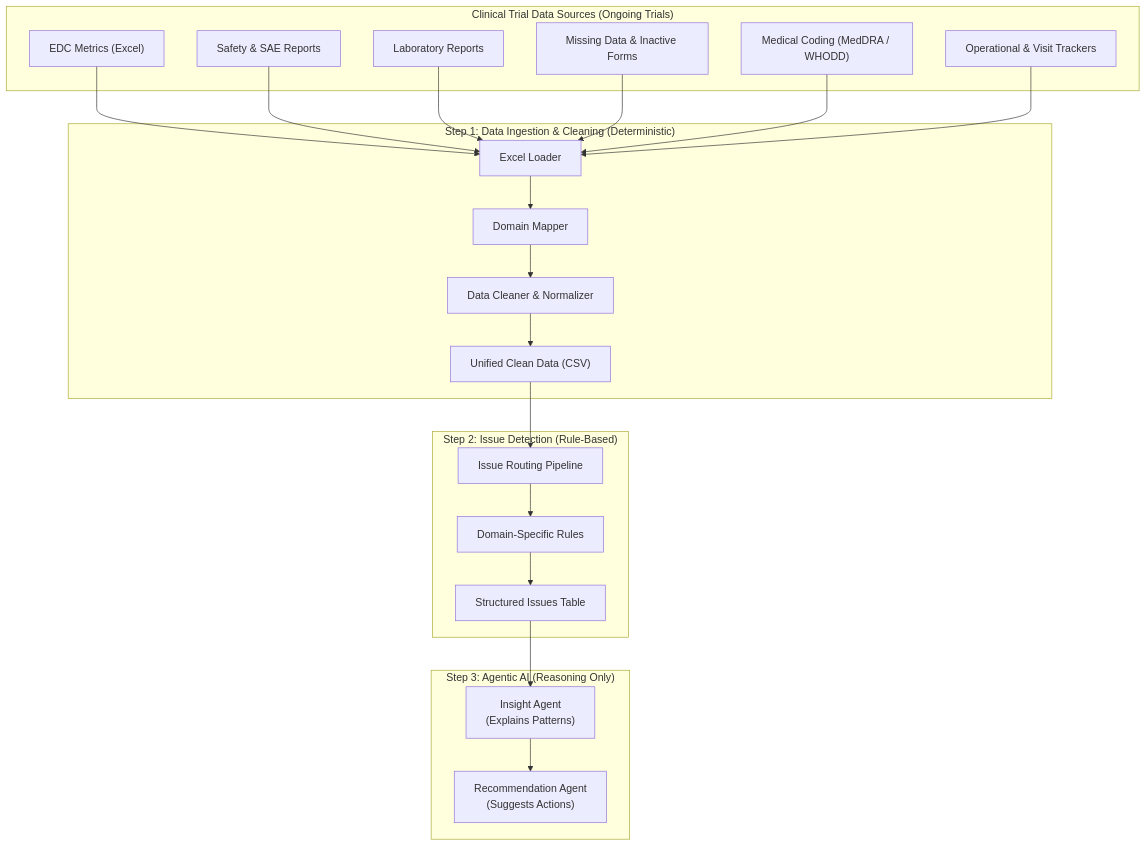
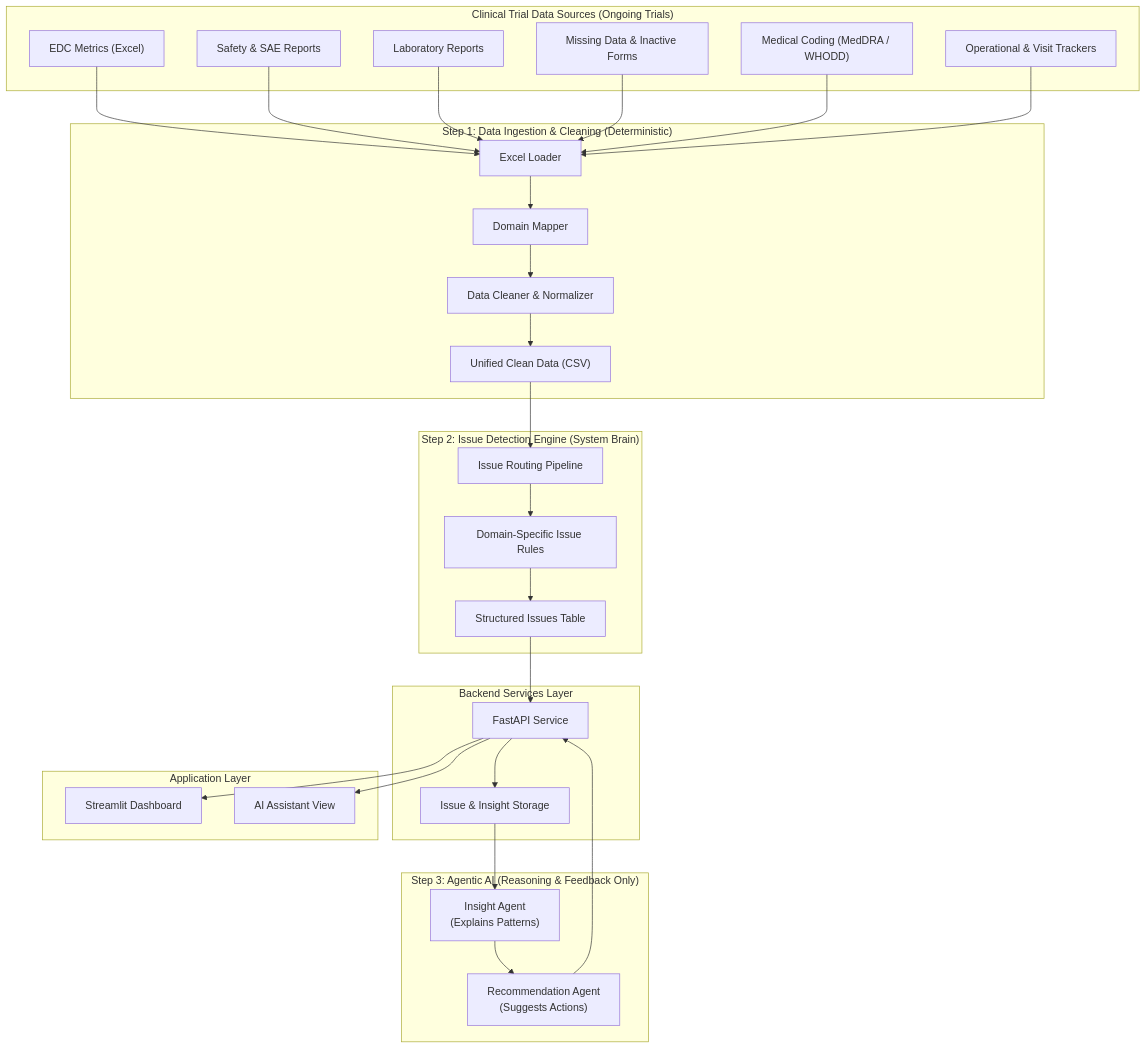
Before and after one commit to priyanshsingh11/TrailFlow: the diagram in README.md, drawn with Mermaid.

````diff
--- a/README.md
+++ b/README.md
@@ -25,20 +25,36 @@
     end
 
     %% =========================
-    %% ISSUE DETECTION
+    %% ISSUE DETECTION (CORE BRAIN)
     %% =========================
-    subgraph ISS["Step 2: Issue Detection (Rule-Based)"]
+    subgraph ISS["Step 2: Issue Detection Engine (System Brain)"]
         ROUTE["Issue Routing Pipeline"]
-        RULES["Domain-Specific Rules"]
+        RULES["Domain-Specific Issue Rules"]
         ISSUES["Structured Issues Table"]
     end
 
     %% =========================
-    %% AGENTIC AI LAYER
+    %% BACKEND SERVICES
     %% =========================
-    subgraph AI["Step 3: Agentic AI (Reasoning Only)"]
+    subgraph API["Backend Services Layer"]
+        FASTAPI["FastAPI Service"]
+        STORE["Issue & Insight Storage"]
+    end
+
+    %% =========================
+    %% AGENTIC AI (FEEDBACK ONLY)
+    %% =========================
+    subgraph AI["Step 3: Agentic AI (Reasoning & Feedback Only)"]
         INSIGHT["Insight Agent\n(Explains Patterns)"]
         RECOMMEND["Recommendation Agent\n(Suggests Actions)"]
+    end
+
+    %% =========================
+    %% APPLICATION LAYER
+    %% =========================
+    subgraph UI["Application Layer"]
+        DASH["Streamlit Dashboard"]
+        CHAT["AI Assistant View"]
     end
 
     %% =========================
@@ -59,7 +75,14 @@
     ROUTE --> RULES
     RULES --> ISSUES
 
-    ISSUES --> INSIGHT
+    ISSUES --> FASTAPI
+    FASTAPI --> STORE
+
+    STORE --> INSIGHT
     INSIGHT --> RECOMMEND
 
+    RECOMMEND --> FASTAPI
+    FASTAPI --> DASH
+    FASTAPI --> CHAT
+
 ```
````
